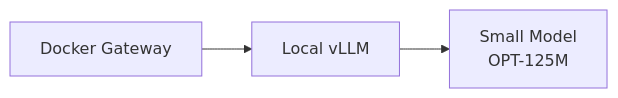
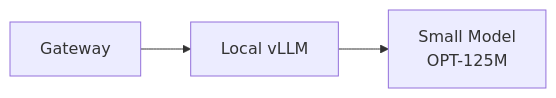
Before and after one commit to auroraGPT-ANL/inference-gateway: the first of 3 diagrams in docs/admin-guide/index.md, drawn with Mermaid. The commit also changed other lines of this file and 14 other files, not shown here.

````diff
--- a/docs/admin-guide/index.md
+++ b/docs/admin-guide/index.md
@@ -92,5 +92,5 @@
 ```mermaid
 graph LR
-    A[Docker Gateway] --> B[Local vLLM]
+    A[Gateway] --> B[Local vLLM]
     B --> C[Small Model<br/>OPT-125M]
 ```
````
